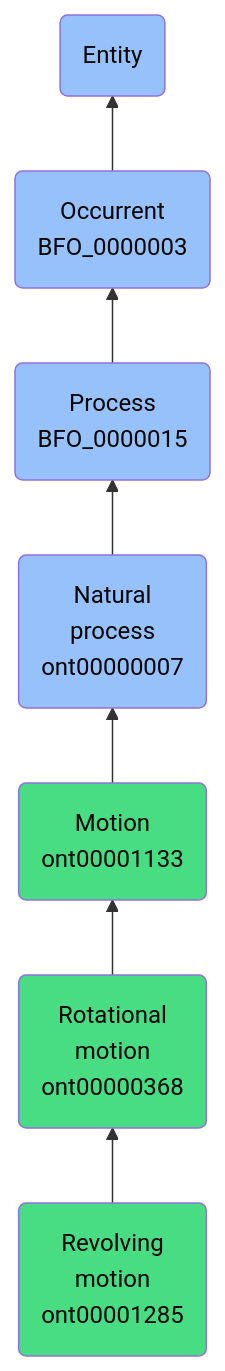
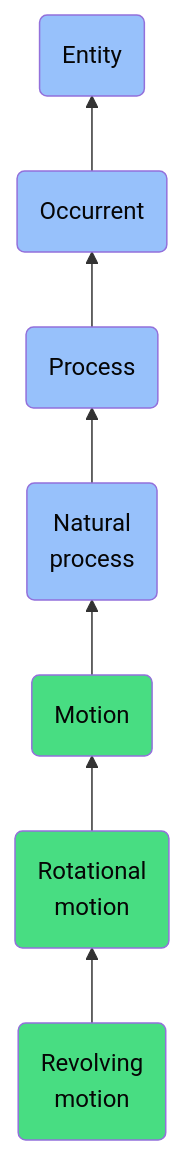
One commit to jupyter-naas/abi changed the diagram in docs/ontology/reference/model/Entity/Occurrent/Process/Natural process/Motion/Rotational motion/Revolving motion/Revolving motion.md. Above: the diagram before and after it, drawn with Mermaid. The commit also changed other lines of this file and 1430 other files, not shown here.

````diff
--- a/docs/ontology/reference/model/Entity/Occurrent/Process/Natural process/Motion/Rotational motion/Revolving motion/Revolving motion.md
+++ b/docs/ontology/reference/model/Entity/Occurrent/Process/Natural process/Motion/Rotational motion/Revolving motion/Revolving motion.md
@@ -24,14 +24,14 @@
 ```mermaid
 graph BT
-    ont00001285(Revolving<br>motion<br>ont00001285):::ABI-->ont00000368
-    ont00000368(Rotational<br>motion<br>ont00000368):::ABI-->ont00001133
-    ont00001133(Motion<br>ont00001133):::ABI-->ont00000007
-    ont00000007(Natural<br>process<br>ont00000007):::BFO-->BFO_0000015
-    BFO_0000015(Process<br>BFO_0000015):::BFO-->BFO_0000003
-    BFO_0000003(Occurrent<br>BFO_0000003):::BFO-->BFO_0000001
+    ont00001285(Revolving<br>motion):::ABI-->ont00000368
+    ont00000368(Rotational<br>motion):::ABI-->ont00001133
+    ont00001133(Motion):::ABI-->ont00000007
+    ont00000007(Natural<br>process):::BFO-->BFO_0000015
+    BFO_0000015(Process):::BFO-->BFO_0000003
+    BFO_0000003(Occurrent):::BFO-->BFO_0000001
     BFO_0000001(Entity):::BFO
     
     classDef BFO fill:#97c1fb,color:#060606
     classDef CCO fill:#e4c51e,color:#060606
     classDef ABI fill:#48DD82,color:#060606
 ```
````
